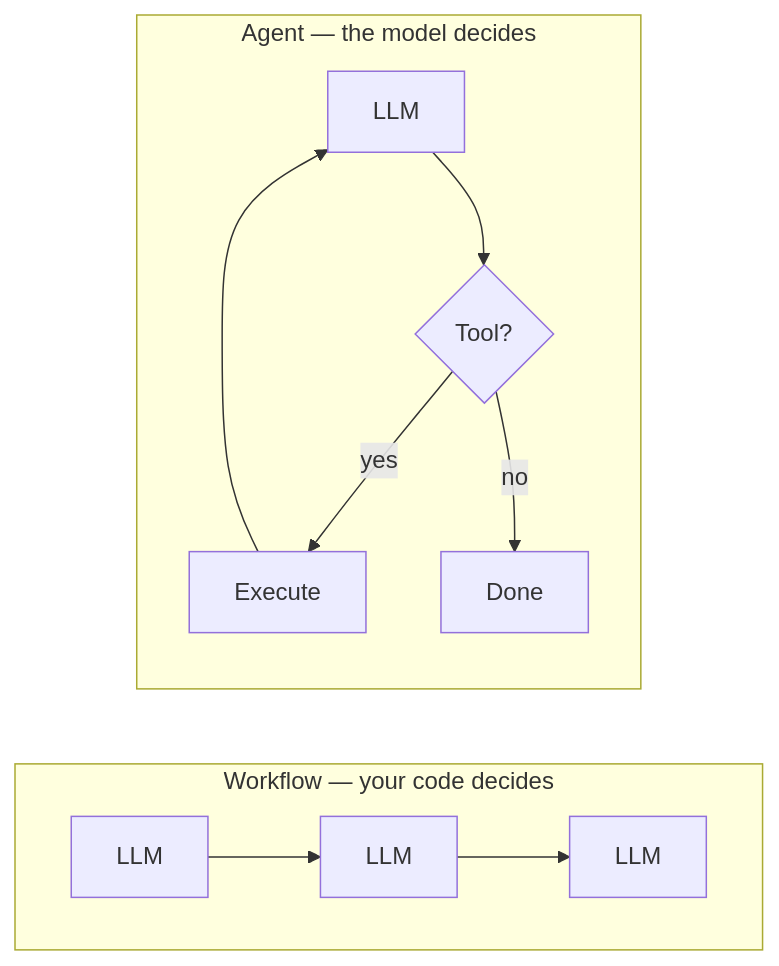
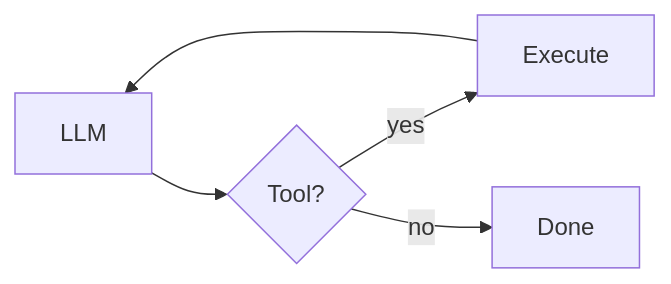
Before and after one commit to averagejoeslab/agenteng: the second of 11 diagrams in README.md, drawn with Mermaid. The commit also changed other lines of this file, not shown here.

First line of the commit message:
docs(readme): align agent patterns with Anthropic; add composition section

````diff
--- a/README.md
+++ b/README.md
@@ -33,13 +38,6 @@
 ```mermaid
 flowchart LR
-    subgraph Workflow["Workflow — your code decides"]
-        direction LR
-        W1[LLM] --> W2[LLM] --> W3[LLM]
-    end
-    subgraph Agent["Agent — the model decides"]
-        direction TB
-        A1[LLM] --> A2{Tool?}
-        A2 -->|yes| A3[Execute] --> A1
-        A2 -->|no| A4[Done]
-    end
+    A1[LLM] --> A2{Tool?}
+    A2 -->|yes| A3[Execute] --> A1
+    A2 -->|no| A4[Done]
 ```
````
